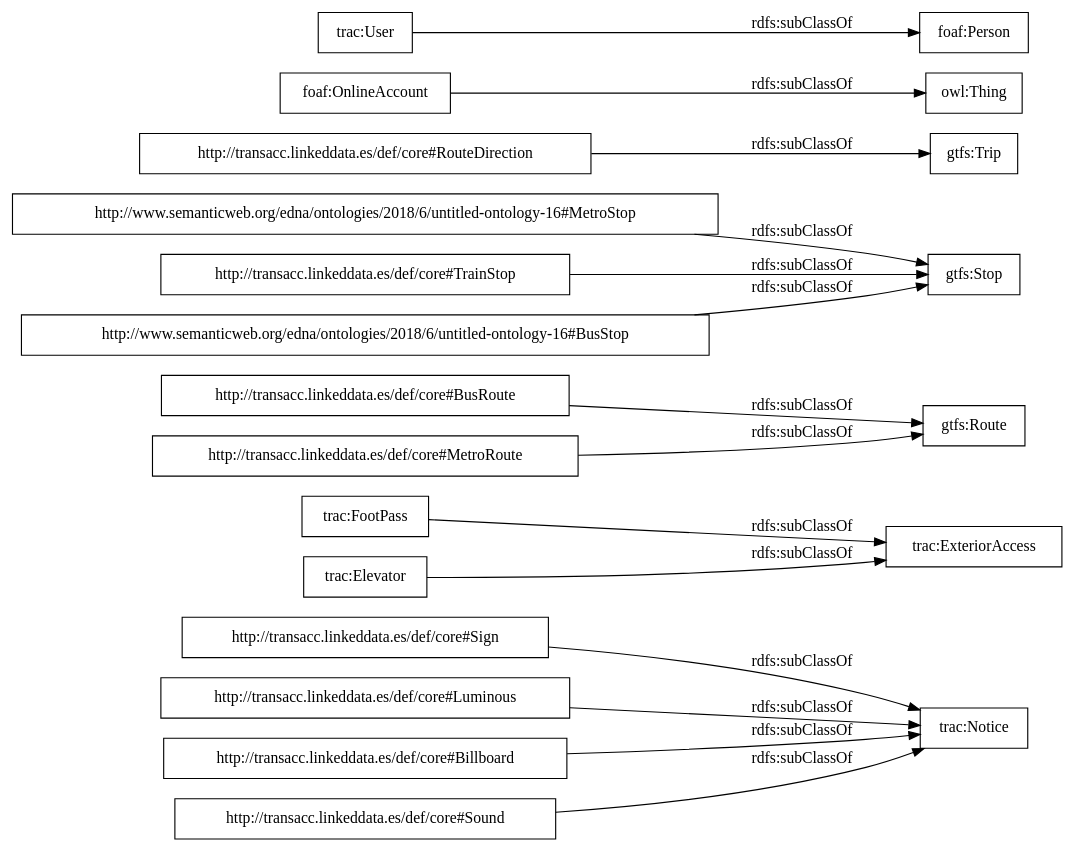
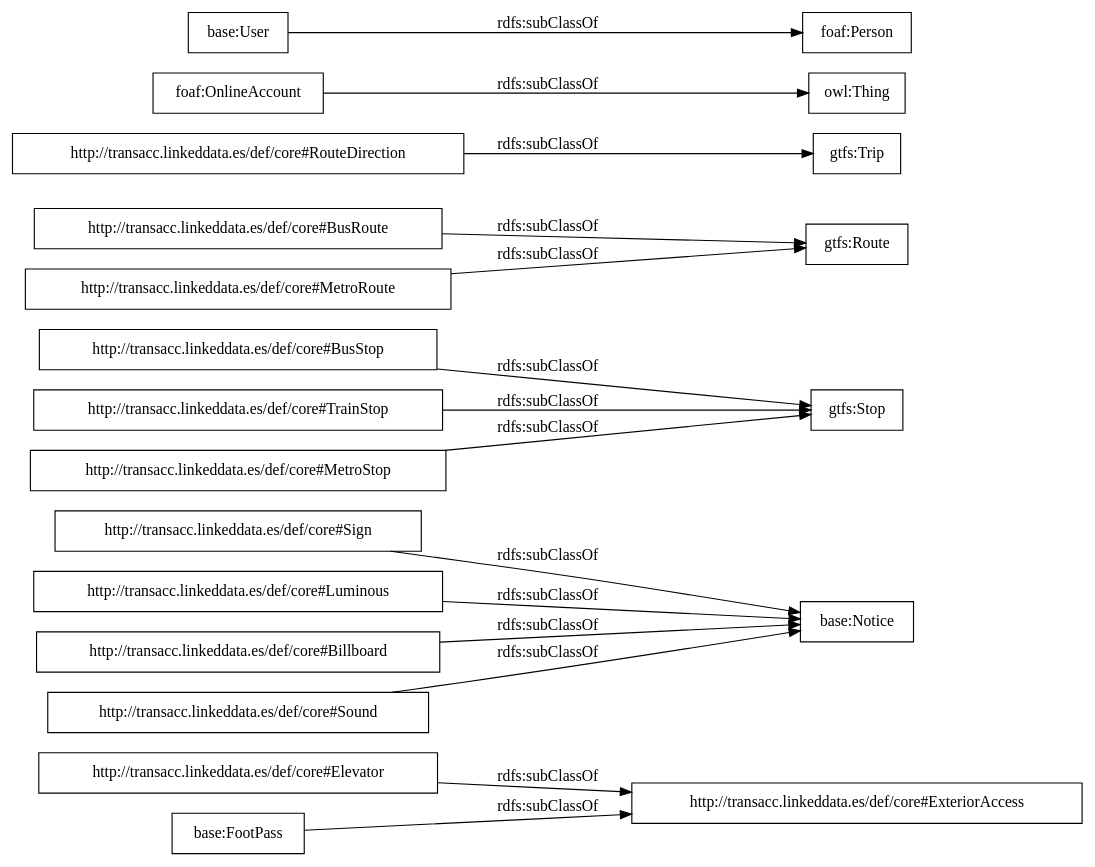
Before and after one commit to opencitydata/onto-transacc: the diagram in OnToology/TransportAccessibilityv3.owl/diagrams/ar2dtool-taxonomy/TransportAccessibilityv3.owl.png.dot, drawn with Graphviz. The commit also changed 13 other files, not shown here.

```diff
--- a/OnToology/TransportAccessibilityv3.owl/diagrams/ar2dtool-taxonomy/TransportAccessibilityv3.owl.png.dot
+++ b/OnToology/TransportAccessibilityv3.owl/diagrams/ar2dtool-taxonomy/TransportAccessibilityv3.owl.png.dot
@@ -1,20 +1,20 @@
 digraph ar2dtool_diagram { 
 rankdir=LR;
 size="1000"
-node [shape = rectangle, color="black"]; "http://transacc.linkeddata.es/def/core#Sign" "trac:FootPass" "http://transacc.linkeddata.es/def/core#BusRoute" "http://www.semanticweb.org/edna/ontologies/2018/6/untitled-ontology-16#MetroStop" "http://transacc.linkeddata.es/def/core#TrainStop" "http://transacc.linkeddata.es/def/core#Luminous" "http://transacc.linkeddata.es/def/core#Billboard" "http://www.semanticweb.org/edna/ontologies/2018/6/untitled-ontology-16#BusStop" "http://transacc.linkeddata.es/def/core#RouteDirection" "http://transacc.linkeddata.es/def/core#Sound" "foaf:OnlineAccount" "foaf:Person" "trac:Elevator" "trac:ExteriorAccess" "http://transacc.linkeddata.es/def/core#MetroRoute" "trac:Notice" "trac:User" ; /*classes style*/
-	"http://transacc.linkeddata.es/def/core#Sign" -> "trac:Notice" [ label = "rdfs:subClassOf" ];
+node [shape = rectangle, color="black"]; "http://transacc.linkeddata.es/def/core#ExteriorAccess" "http://transacc.linkeddata.es/def/core#Sign" "http://transacc.linkeddata.es/def/core#Elevator" "base:FootPass" "http://transacc.linkeddata.es/def/core#BusStop" "http://transacc.linkeddata.es/def/core#BusRoute" "http://transacc.linkeddata.es/def/core#TrainStop" "http://transacc.linkeddata.es/def/core#Luminous" "http://transacc.linkeddata.es/def/core#Billboard" "http://transacc.linkeddata.es/def/core#RouteDirection" "foaf:OnlineAccount" "http://transacc.linkeddata.es/def/core#Sound" "http://transacc.linkeddata.es/def/core#MetroStop" "gtfs:Trip" "foaf:Person" "gtfs:Stop" "http://transacc.linkeddata.es/def/core#MetroRoute" "base:Notice" "gtfs:Route" "base:User" ; /*classes style*/
+	"http://transacc.linkeddata.es/def/core#Sign" -> "base:Notice" [ label = "rdfs:subClassOf" ];
 	"foaf:OnlineAccount" -> "owl:Thing" [ label = "rdfs:subClassOf" ];
 	"http://transacc.linkeddata.es/def/core#RouteDirection" -> "gtfs:Trip" [ label = "rdfs:subClassOf" ];
-	"trac:FootPass" -> "trac:ExteriorAccess" [ label = "rdfs:subClassOf" ];
+	"http://transacc.linkeddata.es/def/core#MetroStop" -> "gtfs:Stop" [ label = "rdfs:subClassOf" ];
+	"base:FootPass" -> "http://transacc.linkeddata.es/def/core#ExteriorAccess" [ label = "rdfs:subClassOf" ];
 	"http://transacc.linkeddata.es/def/core#BusRoute" -> "gtfs:Route" [ label = "rdfs:subClassOf" ];
-	"http://www.semanticweb.org/edna/ontologies/2018/6/untitled-ontology-16#MetroStop" -> "gtfs:Stop" [ label = "rdfs:subClassOf" ];
+	"http://transacc.linkeddata.es/def/core#Elevator" -> "http://transacc.linkeddata.es/def/core#ExteriorAccess" [ label = "rdfs:subClassOf" ];
 	"http://transacc.linkeddata.es/def/core#TrainStop" -> "gtfs:Stop" [ label = "rdfs:subClassOf" ];
+	"http://transacc.linkeddata.es/def/core#BusStop" -> "gtfs:Stop" [ label = "rdfs:subClassOf" ];
 	"http://transacc.linkeddata.es/def/core#MetroRoute" -> "gtfs:Route" [ label = "rdfs:subClassOf" ];
-	"http://www.semanticweb.org/edna/ontologies/2018/6/untitled-ontology-16#BusStop" -> "gtfs:Stop" [ label = "rdfs:subClassOf" ];
-	"http://transacc.linkeddata.es/def/core#Billboard" -> "trac:Notice" [ label = "rdfs:subClassOf" ];
-	"http://transacc.linkeddata.es/def/core#Luminous" -> "trac:Notice" [ label = "rdfs:subClassOf" ];
-	"http://transacc.linkeddata.es/def/core#Sound" -> "trac:Notice" [ label = "rdfs:subClassOf" ];
-	"trac:Elevator" -> "trac:ExteriorAccess" [ label = "rdfs:subClassOf" ];
-	"trac:User" -> "foaf:Person" [ label = "rdfs:subClassOf" ];
+	"http://transacc.linkeddata.es/def/core#Billboard" -> "base:Notice" [ label = "rdfs:subClassOf" ];
+	"http://transacc.linkeddata.es/def/core#Luminous" -> "base:Notice" [ label = "rdfs:subClassOf" ];
+	"http://transacc.linkeddata.es/def/core#Sound" -> "base:Notice" [ label = "rdfs:subClassOf" ];
+	"base:User" -> "foaf:Person" [ label = "rdfs:subClassOf" ];
 
 }
```
